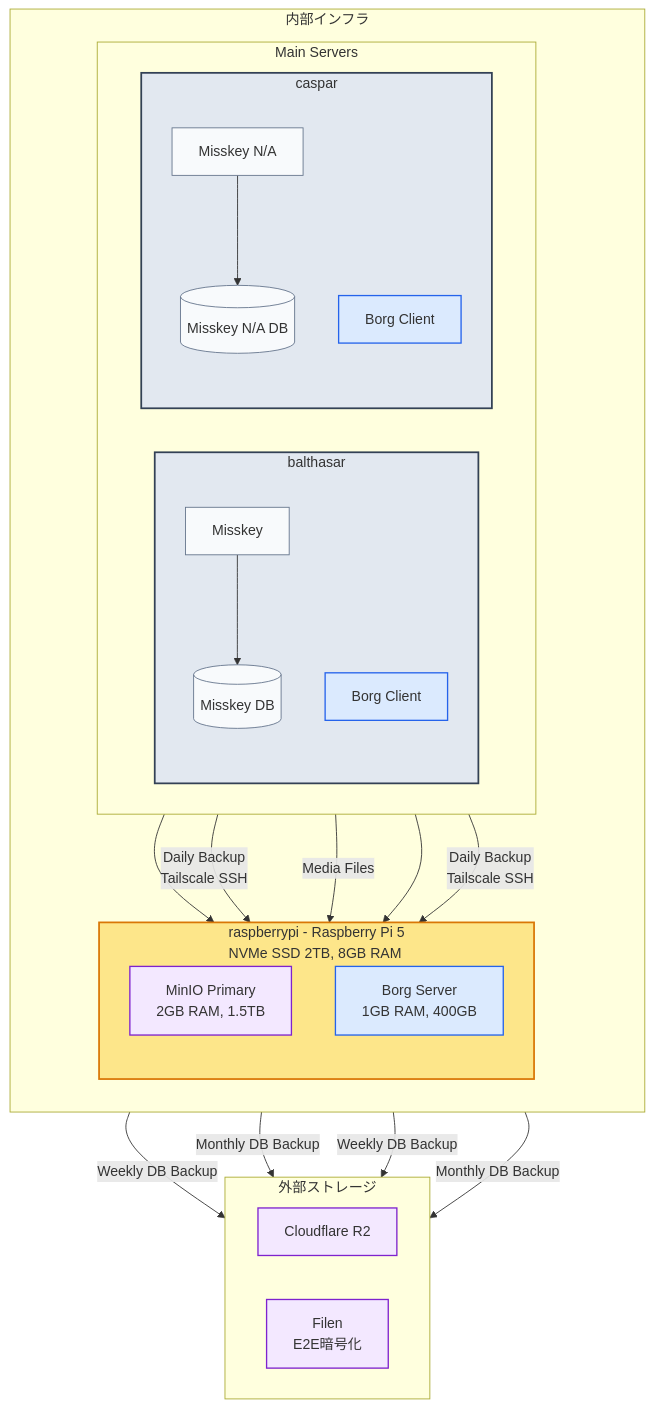
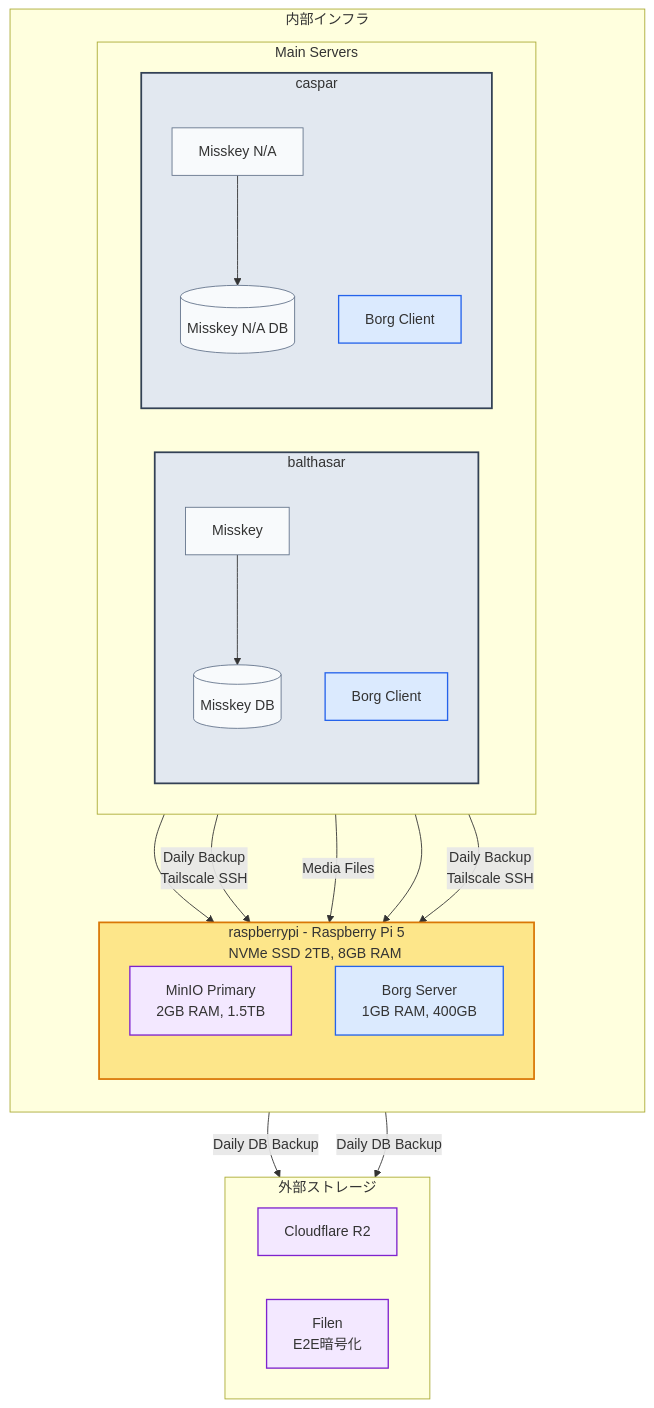
Before and after one commit to yamisskey-dev/hosted-list: the third of 4 diagrams in README.md, drawn with Mermaid.

````diff
--- a/README.md
+++ b/README.md
@@ -217,73 +217,71 @@
 ```mermaid
 graph TB
 %% Style definitions
 classDef homeServer fill:#e2e8f0,stroke:#334155,stroke-width:2px
 classDef service fill:#f8fafc,stroke:#64748b,stroke-width:1px
 classDef backup fill:#dbeafe,stroke:#2563eb,stroke-width:1.5px
 classDef storage fill:#f3e8ff,stroke:#7e22ce,stroke-width:1.5px
 classDef rpi fill:#fde68a,stroke:#d97706,stroke-width:2px
 
 %% External storage services
 subgraph external[外部ストレージ]
    direction LR
    r2[Cloudflare R2]:::storage
    filen[Filen\nE2E暗号化]:::storage
 end
 
 %% Support Infrastructure 
 subgraph internal[内部インフラ]
    direction TB
    
    %% Raspberry Pi with MinIO and Backup
    subgraph raspi[raspberrypi - Raspberry Pi 5<br/>NVMe SSD 2TB, 8GB RAM]
        direction TB
        minio_main[MinIO Primary<br/>2GB RAM, 1.5TB]:::storage
        borg_server[Borg Server<br/>1GB RAM, 400GB]:::backup
    end
    
    %% Main servers with backup clients
    subgraph main_servers[Main Servers]
        direction LR
        
        subgraph balthasar[balthasar]
            direction TB
            yamisskey[Misskey]:::service
            yamisskey_db[(Misskey DB)]:::service
            borg_client_b[Borg Client]:::backup
        end
        
        subgraph caspar[caspar]
            direction TB
            nayamisskey[Misskey N/A]:::service
            nayamisskey_db[(Misskey N/A DB)]:::service
            borg_client_c[Borg Client]:::backup
        end
    end
 end
 
 %% Internal service connections
 yamisskey --> yamisskey_db
 yamisskey --> minio_main
 nayamisskey --> nayamisskey_db
 nayamisskey --> minio_main
 
 %% DB backup connections to external storage
-yamisskey_db -- "Weekly DB Backup" --> r2
-yamisskey_db -- "Monthly DB Backup" --> filen
-nayamisskey_db -- "Weekly DB Backup" --> r2
-nayamisskey_db -- "Monthly DB Backup" --> filen
+yamisskey_db -- "Daily DB Backup" --> r2
+nayamisskey_db -- "Daily DB Backup" --> r2
 
 %% Borg backup connections (All to raspberrypi)
 borg_client_b -- "Daily Backup<br/>Tailscale SSH" --> borg_server
 borg_client_c -- "Daily Backup<br/>Tailscale SSH" --> borg_server
 
 %% MinIO connections
 yamisskey_db -- "Media Files" --> minio_main
 
 %% Apply styles
 class balthasar,caspar homeServer
 class raspi rpi
 class yamisskey,nayamisskey,yamisskey_db,nayamisskey_db service
 class borg_client_b,borg_client_c,borg_server backup
 class r2,filen,minio_main storage
 ```
````
